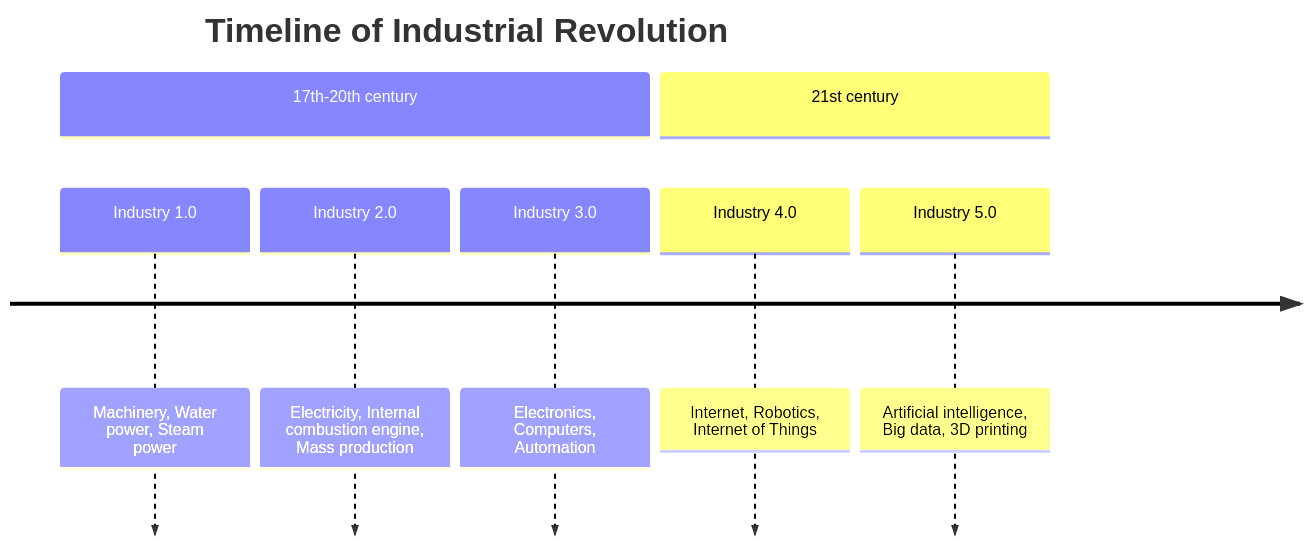
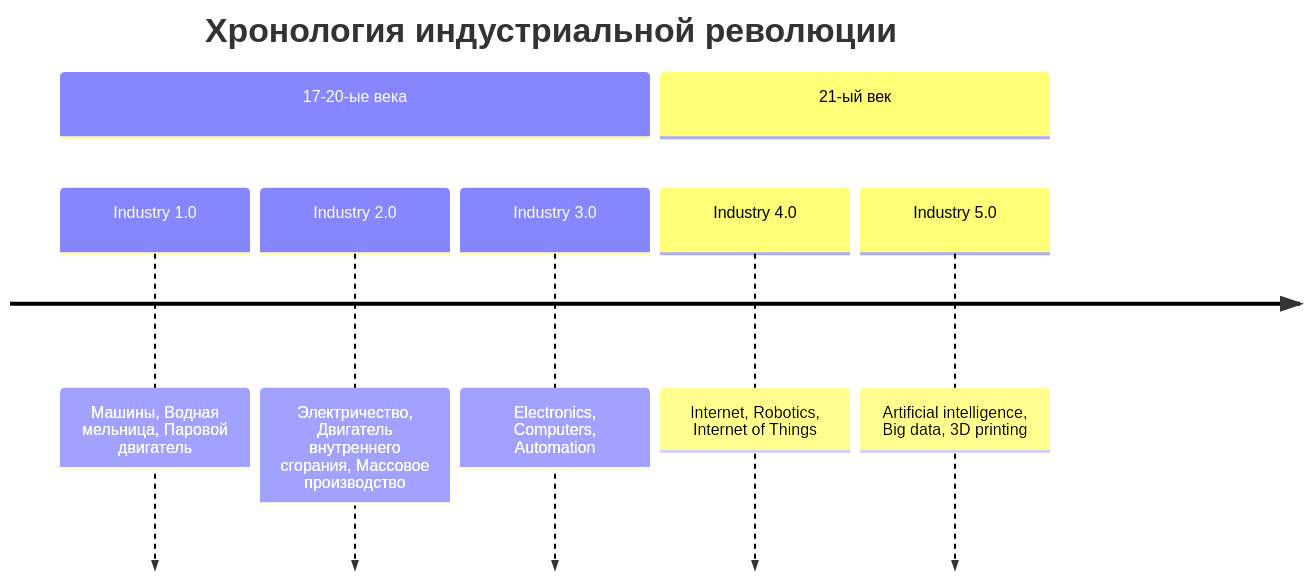
One commit to wanderer-00/MarkDown changed the ninth of 14 diagrams in mermaid.md. Above: the diagram before and after it, drawn with Mermaid. The commit also changed other lines of this file, not shown here.

````diff
--- a/mermaid.md
+++ b/mermaid.md
@@ -126,11 +126,11 @@
 ```mermaid
 timeline
-    title Timeline of Industrial Revolution
-    section 17th-20th century
-        Industry 1.0 : Machinery, Water power, Steam <br>power
-        Industry 2.0 : Electricity, Internal combustion engine, Mass production
+    title Хронология индустриальной революции
+    section 17-20-ые века
+        Industry 1.0 : Машины, Водная мельница, Паровой двигатель
+        Industry 2.0 : Электричество, Двигатель внутреннего сгорания, Массовое производство
         Industry 3.0 : Electronics, Computers, Automation
-    section 21st century
+    section 21-ый век
         Industry 4.0 : Internet, Robotics, Internet of Things
         Industry 5.0 : Artificial intelligence, Big data, 3D printing
 ```
````
